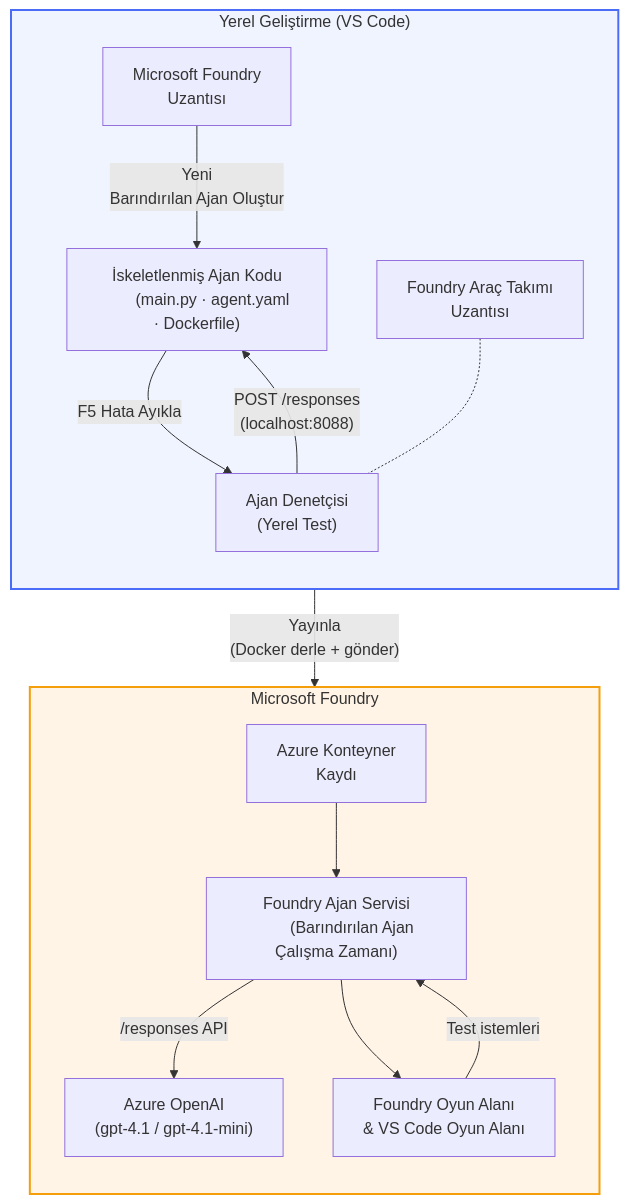
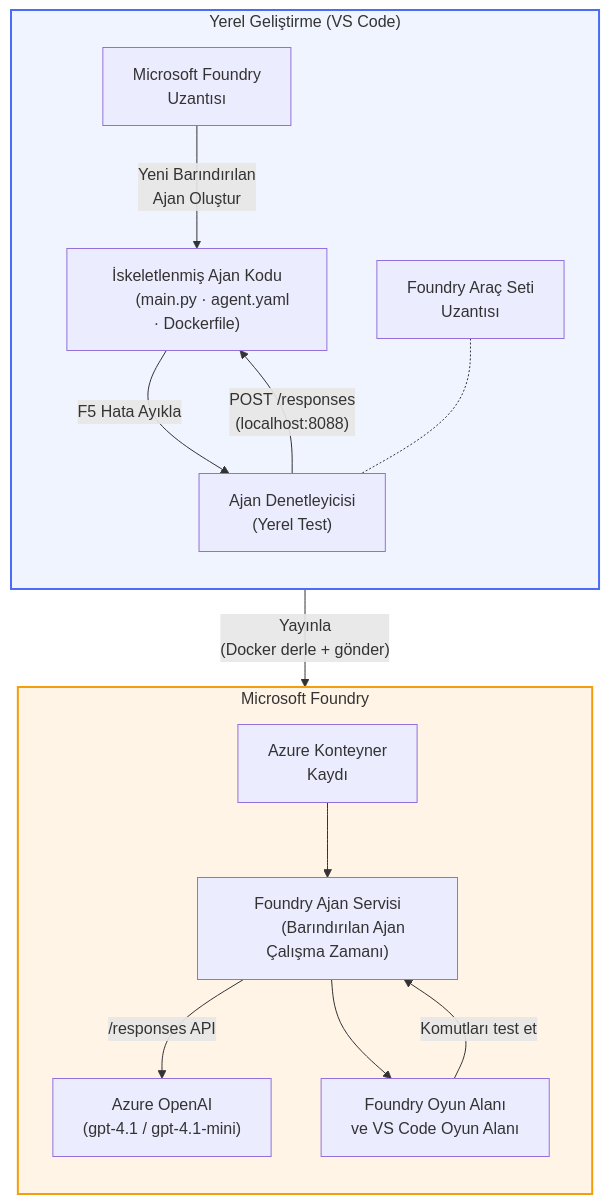
The diagram in translations/tr/README.md (microsoft-foundry/Foundry_Toolkit_for_VSCode_Lab), drawn with Mermaid before and after one commit. The commit also changed other lines of this file and 110 other files, not shown here.

````diff
--- a/translations/tr/README.md
+++ b/translations/tr/README.md
@@ -48,42 +52,42 @@
 ```mermaid
 flowchart TB
     subgraph Local["Yerel Geliştirme (VS Code)"]
         direction TB
         FE["Microsoft Foundry
         Uzantısı"]
-        FoundryToolkit["Foundry Araç Takımı
+        FoundryToolkit["Foundry Araç Seti
         Uzantısı"]
         Scaffold["İskeletlenmiş Ajan Kodu
         (main.py · agent.yaml · Dockerfile)"]
-        Inspector["Ajan Denetçisi
+        Inspector["Ajan Denetleyicisi
         (Yerel Test)"]
-        FE -- "Yeni
-        Barındırılan Ajan Oluştur" --> Scaffold
+        FE -- "Yeni Barındırılan
+        Ajan Oluştur" --> Scaffold
         Scaffold -- "F5 Hata Ayıkla" --> Inspector
         FoundryToolkit -.- Inspector
     end
 
     subgraph Cloud["Microsoft Foundry"]
         direction TB
         ACR["Azure Konteyner
         Kaydı"]
         AgentService["Foundry Ajan Servisi
         (Barındırılan Ajan Çalışma Zamanı)"]
         Model["Azure OpenAI
         (gpt-4.1 / gpt-4.1-mini)"]
         Playground["Foundry Oyun Alanı
-        & VS Code Oyun Alanı"]
+        ve VS Code Oyun Alanı"]
         ACR --> AgentService
         AgentService -- "/responses API" --> Model
         AgentService --> Playground
     end
 
     Scaffold -- "Yayınla
     (Docker derle + gönder)" --> ACR
     Inspector -- "POST /responses
     (localhost:8088)" --> Scaffold
-    Playground -- "Test istemleri" --> AgentService
+    Playground -- "Komutları test et" --> AgentService
 
     style Local fill:#f0f4ff,stroke:#4a6cf7,stroke-width:2px
     style Cloud fill:#fff4e6,stroke:#f59e0b,stroke-width:2px
 ```
````
